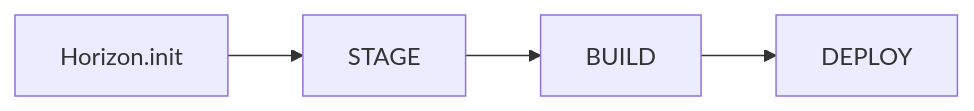
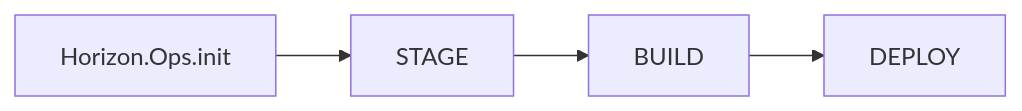
Before and after one commit to jfreeze/horizon: the diagram in README.md, drawn with Mermaid. The commit also changed other lines of this file and 5 other files, not shown here.

````diff
--- a/README.md
+++ b/README.md
@@ -12,6 +14,6 @@
 ```mermaid
 graph LR
-    A[Horizon.init] --> B[STAGE]
+    A[Horizon.Ops.init] --> B[STAGE]
     B --> C[BUILD]
     C --> D[DEPLOY]
 ```
````
